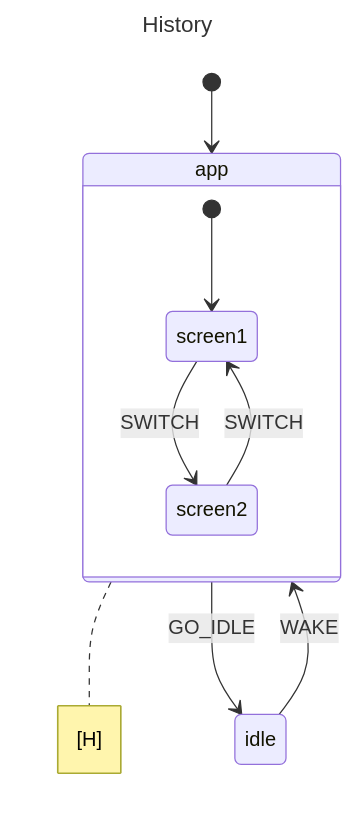
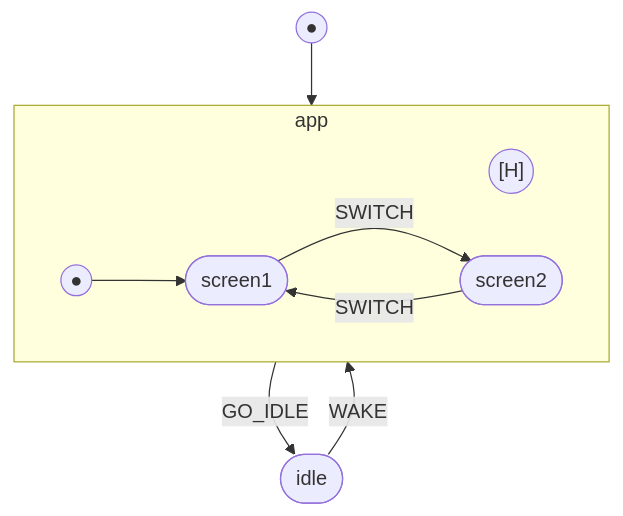
The diagram in examples/history/README.md (floodfx/gstate), drawn with Mermaid before and after one commit. The commit also changed 18 other files, not shown here.

````diff
--- a/examples/history/README.md
+++ b/examples/history/README.md
@@ -7,23 +7,23 @@
 ```mermaid
 ---
-title: History
 config:
-    theme: default
-    maxTextSize: 50000
-    maxEdges: 500
-    fontSize: 16
+  theme: default
+  themeVariables:
+    fontSize: 16px
 ---
-stateDiagram-v2
-    state app {
-        [*] --> screen1
-        state "screen1" as screen1
-        state "screen2" as screen2
-    }
-    note right of app: [H]
-    state "idle" as idle
-	[*] --> app
-	app --> idle: GO_IDLE
-	screen1 --> screen2: SWITCH
-	screen2 --> screen1: SWITCH
-	idle --> app: WAKE
+flowchart TB
+    __gstate_start(("●"))
+    __gstate_start --> app
+    subgraph app ["app"]
+        __gstate_history_617070(("[H]"))
+        __gstate_initial_617070(("●"))
+        __gstate_initial_617070 --> screen1
+        screen1(["screen1"])
+        screen2(["screen2"])
+    end
+    idle(["idle"])
+    app -->|"GO_IDLE"| idle
+    screen1 -->|"SWITCH"| screen2
+    screen2 -->|"SWITCH"| screen1
+    idle -->|"WAKE"| app
 ```
````
